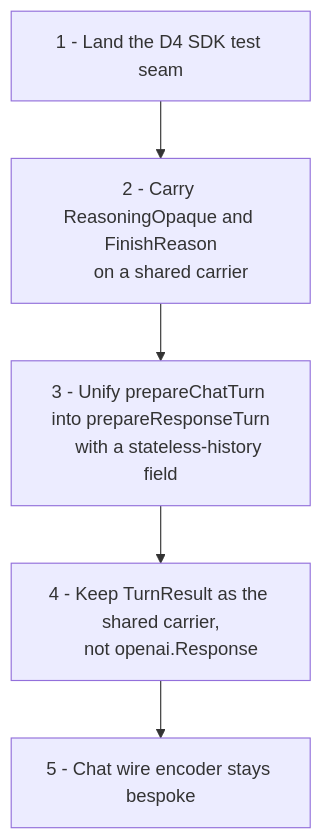
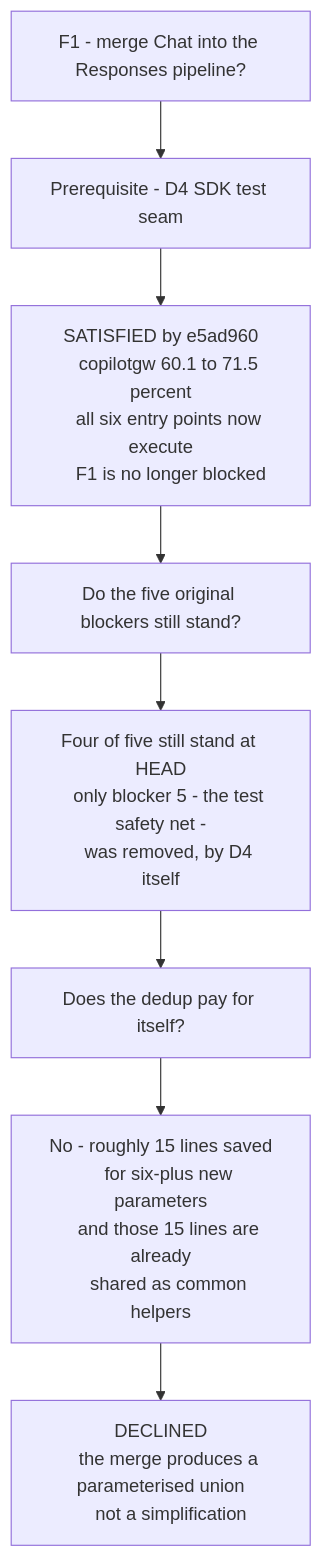
Before and after one commit to evanlouie/copilot-api: the second of 2 diagrams in docs/remaining-work-plan.md, drawn with Mermaid. The commit also changed other lines of this file, not shown here.

````diff
--- a/docs/remaining-work-plan.md
+++ b/docs/remaining-work-plan.md
@@ -478,16 +509,29 @@
 ```mermaid
 flowchart TD
-    S1["1 - Land the D4 SDK test seam"]
-    S2["2 - Carry ReasoningOpaque and FinishReason
-    on a shared carrier"]
-    S3["3 - Unify prepareChatTurn into prepareResponseTurn
-    with a stateless-history field"]
-    S4["4 - Keep TurnResult as the shared carrier,
-    not openai.Response"]
-    S5["5 - Chat wire encoder stays bespoke"]
+    Q["F1 - merge Chat into the Responses pipeline?"]
+    PRE["Prerequisite - D4 SDK test seam"]
+    PRE_OK["SATISFIED by e5ad960
+    copilotgw 60.1 to 71.5 percent
+    all six entry points now execute
+    F1 is no longer blocked"]
+    B["Do the five original blockers still stand?"]
+    B_OK["Four of five still stand at HEAD
+    only blocker 5 - the test safety net -
+    was removed, by D4 itself"]
+    PAY["Does the dedup pay for itself?"]
+    PAY_NO["No - roughly 15 lines saved
+    for six-plus new parameters
+    and those 15 lines are already
+    shared as common helpers"]
+    OUT["DECLINED
+    the merge produces a parameterised union
+    not a simplification"]
 
-    S1 --> S2
-    S2 --> S3
-    S3 --> S4
-    S4 --> S5
+    Q --> PRE
+    PRE --> PRE_OK
+    PRE_OK --> B
+    B --> B_OK
+    B_OK --> PAY
+    PAY --> PAY_NO
+    PAY_NO --> OUT
 ```
````
